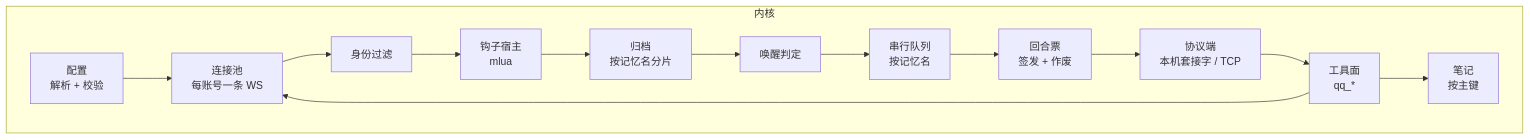
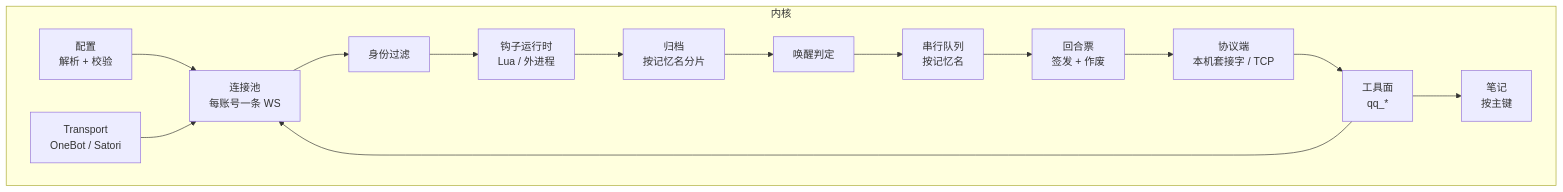
The first of 2 diagrams in docs/architecture/03-kernel.md (DataEraserC/qq-bridge), drawn with Mermaid before and after one commit. The commit also changed other lines of this file and 22 other files, not shown here.

First line of the commit message:
feat(kernel): 抽离聊天传输与钩子运行时 —— OneBot 与 Lua 都降为一个实现

````diff
--- a/docs/architecture/03-kernel.md
+++ b/docs/architecture/03-kernel.md
@@ -15,27 +17,29 @@
 ```mermaid
 flowchart TB
     subgraph kernel[内核]
         CFG["配置<br/>解析 + 校验"]
+        XPORT["Transport<br/>OneBot / Satori"]
         CONN["连接池<br/>每账号一条 WS"]
         FILT["身份过滤"]
-        HOOK["钩子宿主<br/>mlua"]
+        HOOK["钩子运行时<br/>Lua / 外进程"]
         ARCH["归档<br/>按记忆名分片"]
         NOTE["笔记<br/>按主键"]
         WAKE["唤醒判定"]
         QUEUE["串行队列<br/>按记忆名"]
         TURN["回合票<br/>签发 + 作废"]
         PROTO["协议端<br/>本机套接字 / TCP"]
         TOOL["工具面<br/>qq_*"]
     end
     CFG --> CONN
+    XPORT --> CONN
     CONN --> FILT
     FILT --> HOOK
     HOOK --> ARCH
     ARCH --> WAKE
     WAKE --> QUEUE
     QUEUE --> TURN
     TURN --> PROTO
     PROTO --> TOOL
     TOOL --> CONN
     TOOL --> NOTE
 ```
````
